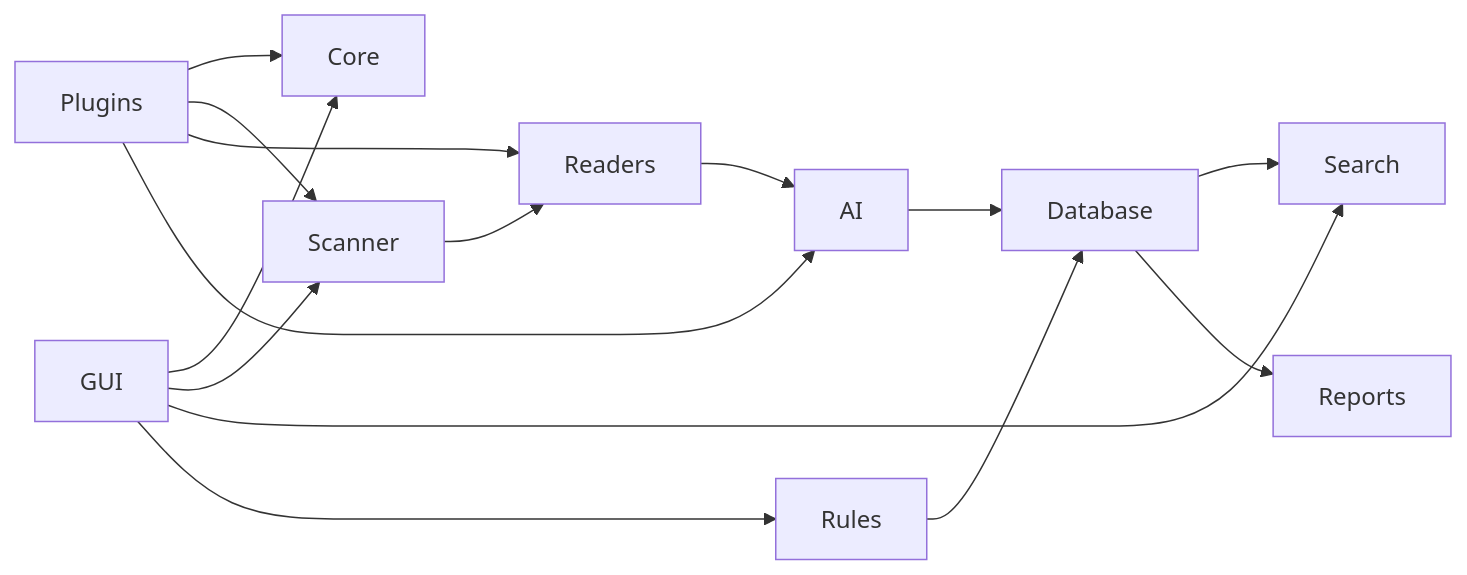
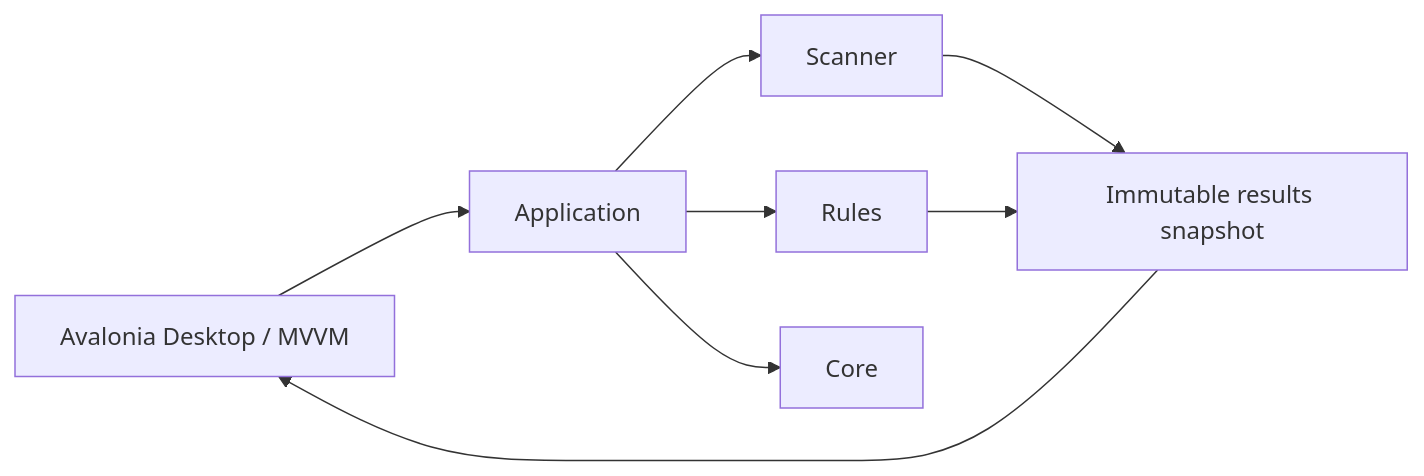
One commit to nishdel/OpenSorSe changed the diagram in docs/Architecture/00_System/00_Overview.md. Above: the diagram before and after it, drawn with Mermaid. The commit also changed other lines of this file and 22 other files, not shown here.

````diff
--- a/docs/Architecture/00_System/00_Overview.md
+++ b/docs/Architecture/00_System/00_Overview.md
@@ -59,38 +26,10 @@
 ```mermaid
 flowchart LR
-
-Core
-
-Scanner
-
-Readers
-
-AI
-
-Database
-
-Search
-
-Rules
-
-GUI
-
-Reports
-
-Plugins
-
-Scanner --> Readers
-Readers --> AI
-AI --> Database
-Database --> Search
-Database --> Reports
-Rules --> Database
-GUI --> Core
-GUI --> Scanner
-GUI --> Search
-GUI --> Rules
-Plugins --> Core
-Plugins --> Scanner
-Plugins --> Readers
-Plugins --> AI
+    UI["Avalonia Desktop / MVVM"] --> Application["Application"]
+    Application --> Scanner["Scanner"]
+    Application --> Rules["Rules"]
+    Application --> Core["Core"]
+    Scanner --> Results["Immutable results snapshot"]
+    Rules --> Results
+    Results --> UI
 ```
````
